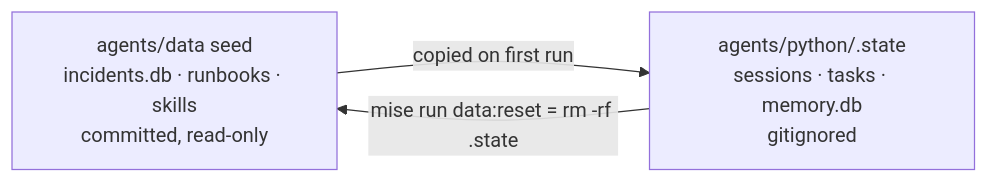
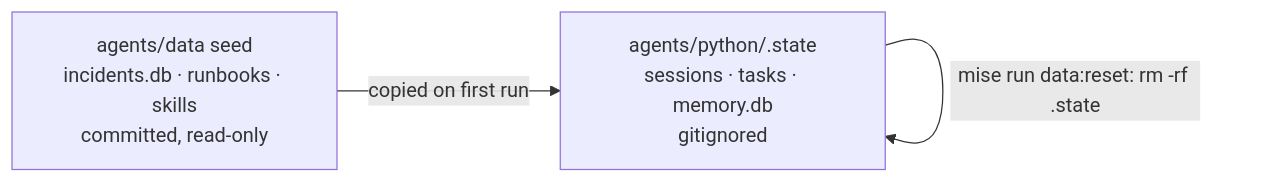
One commit to MLOps-Courses/agentops-open-course changed the first of 2 diagrams in docs/1. Setup/1.5. Workspace.md. Above: the diagram before and after it, drawn with Mermaid. The commit also changed 9 other files, not shown here.

````diff
--- a/docs/1. Setup/1.5. Workspace.md
+++ b/docs/1. Setup/1.5. Workspace.md
@@ -41,5 +41,5 @@
 ```mermaid
 flowchart LR
     seed["agents/data seed<br/>incidents.db · runbooks · skills<br/>committed, read-only"] -->|"copied on first run"| state["agents/python/.state<br/>sessions · tasks · memory.db<br/>gitignored"]
-    state -->|"mise run data:reset = rm -rf .state"| seed
+    state -->|"mise run data:reset: rm -rf .state"| state
 ```
````
